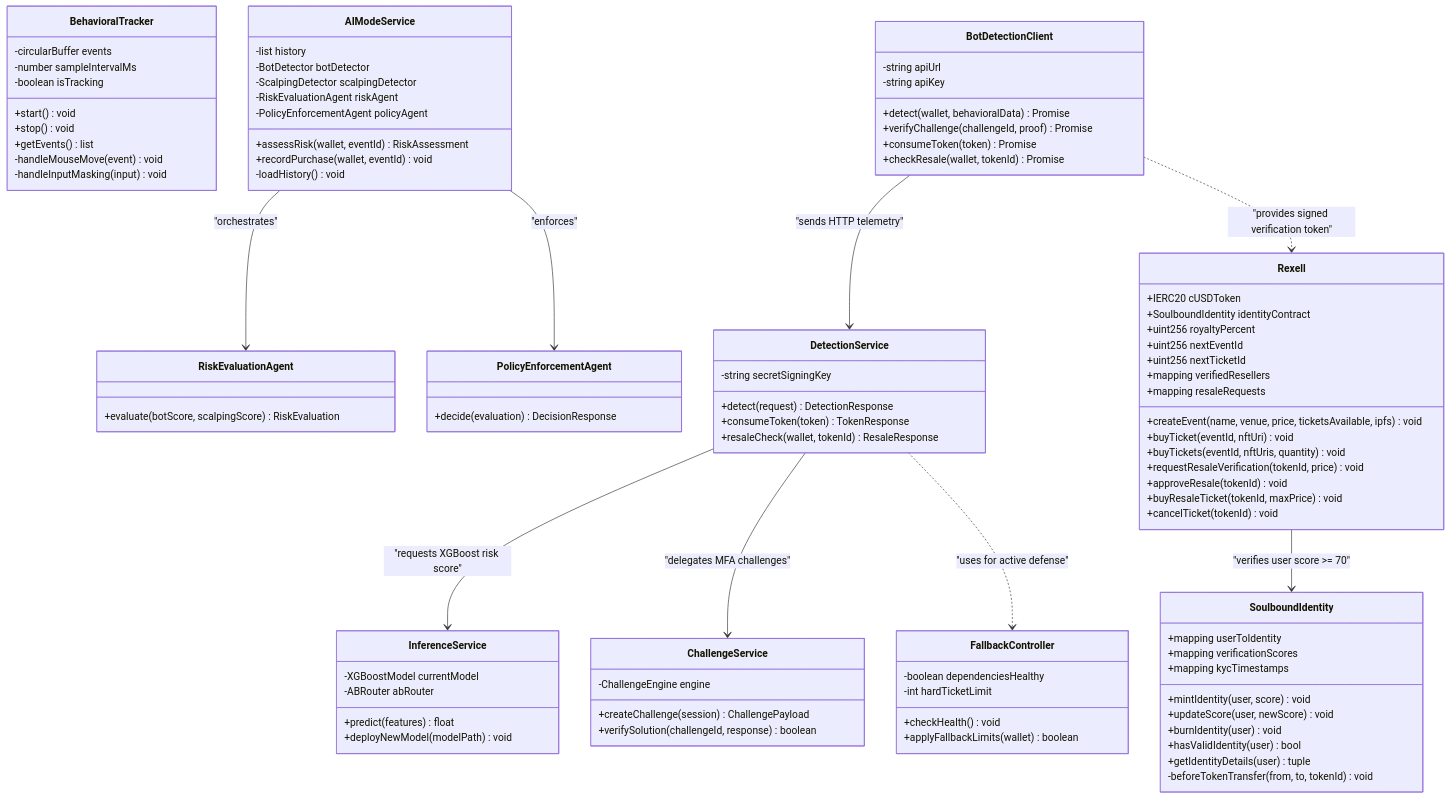
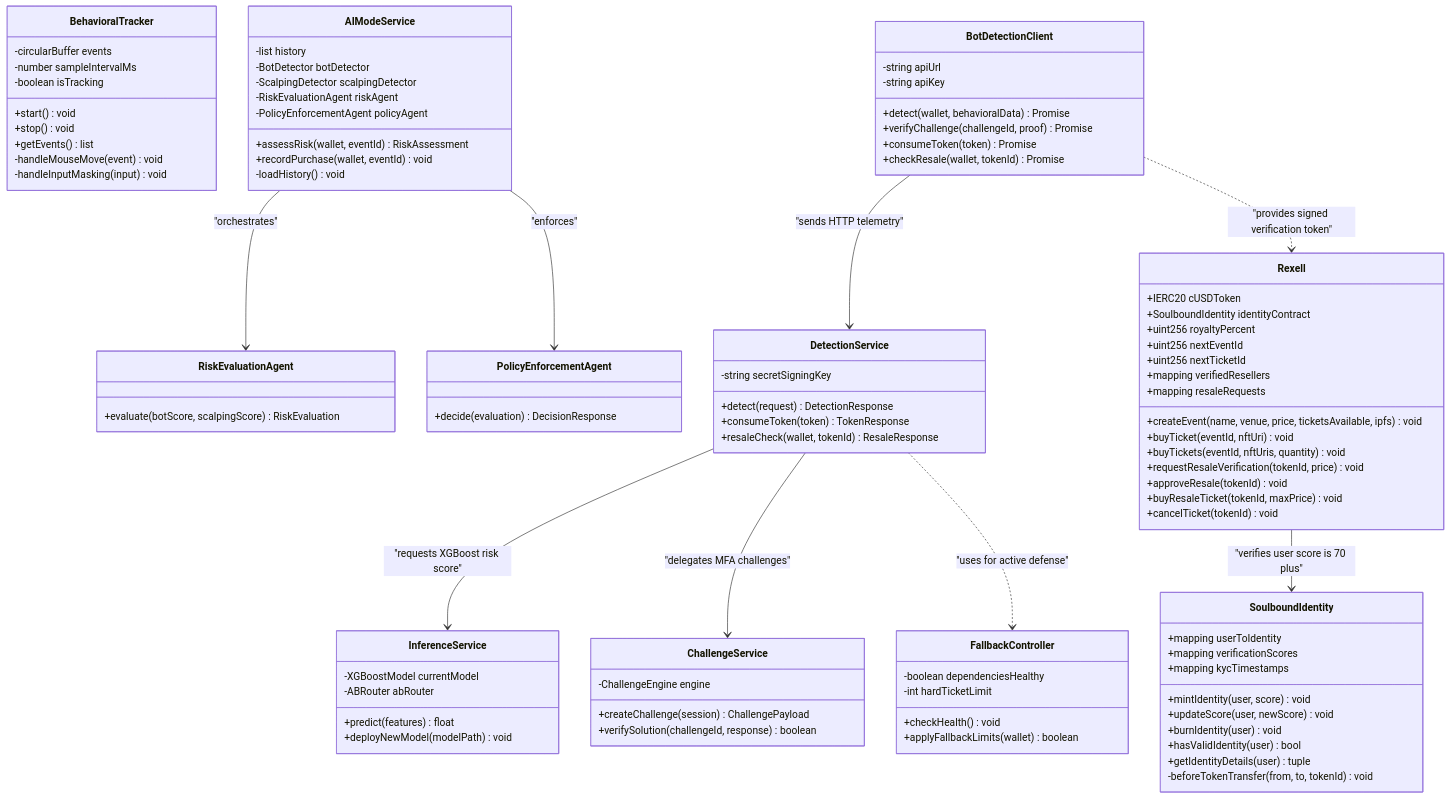
One commit to Sayyed23/Rexell changed the third of 4 diagrams in SYSTEM_DIAGRAMS.md. Above: the diagram before and after it, drawn with Mermaid. The commit also changed other lines of this file, not shown here.

Commit message:
chore: update documentation grammar and formatting in SYSTEM_DIAGRAMS.md

````diff
--- a/SYSTEM_DIAGRAMS.md
+++ b/SYSTEM_DIAGRAMS.md
@@ -363,6 +363,6 @@
     DetectionService ..> FallbackController : "uses for active defense"
     
     %% Contract connections
-    Rexell --> SoulboundIdentity : "verifies user score >= 70"
+    Rexell --> SoulboundIdentity : "verifies user score is 70 plus"
     BotDetectionClient ..> Rexell : "provides signed verification token"
 ```
````
